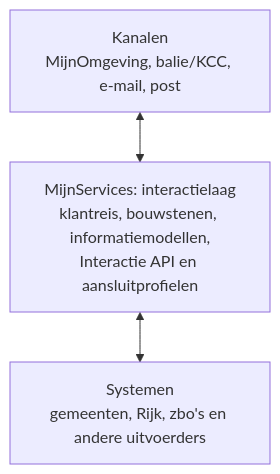
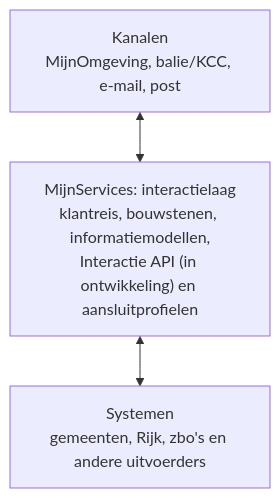
Before and after one commit to VNG-Realisatie/mijn-services-documentatie: the diagram in docs/mijn-services/index.mdx, drawn with Mermaid. The commit also changed other lines of this file and 6 other files, not shown here.

````diff
--- a/docs/mijn-services/index.mdx
+++ b/docs/mijn-services/index.mdx
@@ -18,7 +18,7 @@
 ```mermaid
 flowchart TB
   Kanalen["Kanalen<br/>MijnOmgeving, balie/KCC, e-mail, post"]
-  Interactie["MijnServices: interactielaag<br/>klantreis, bouwstenen, informatiemodellen,<br/>Interactie API en aansluitprofielen"]
+  Interactie["MijnServices: interactielaag<br/>klantreis, bouwstenen, informatiemodellen,<br/>Interactie API (in ontwikkeling) en aansluitprofielen"]
   Systemen["Systemen<br/>gemeenten, Rijk, zbo's en andere uitvoerders"]
   Kanalen <--> Interactie <--> Systemen
 ```
````
